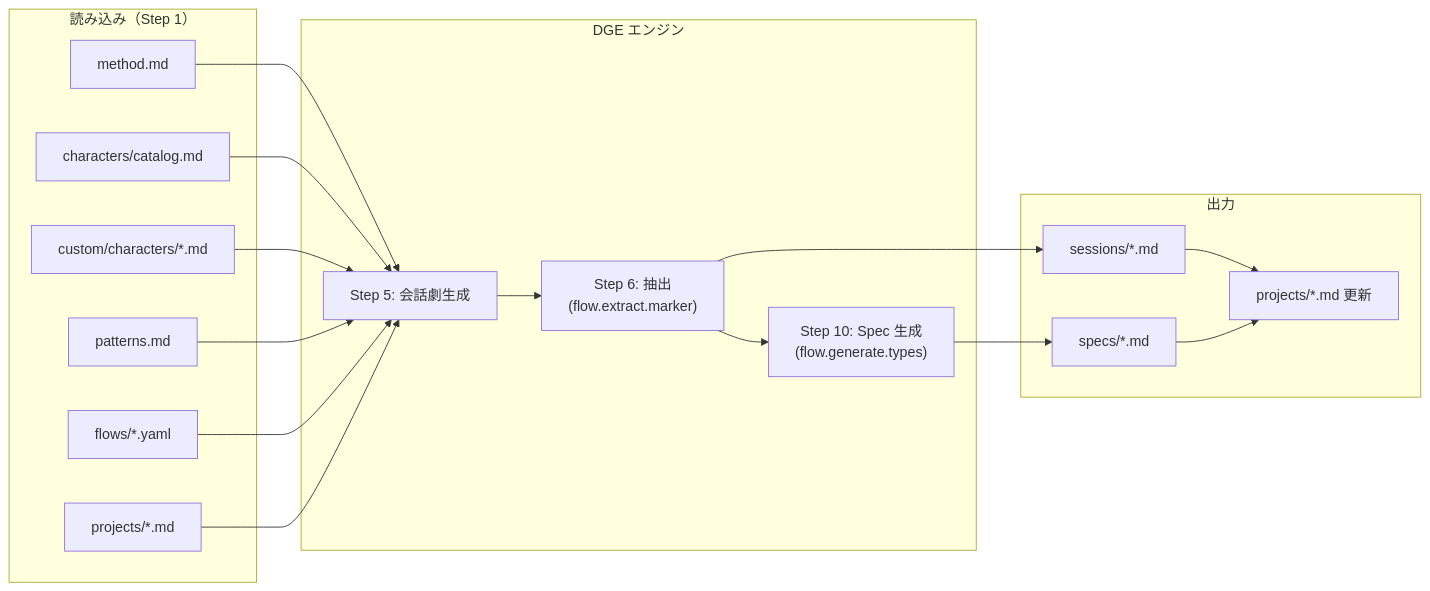
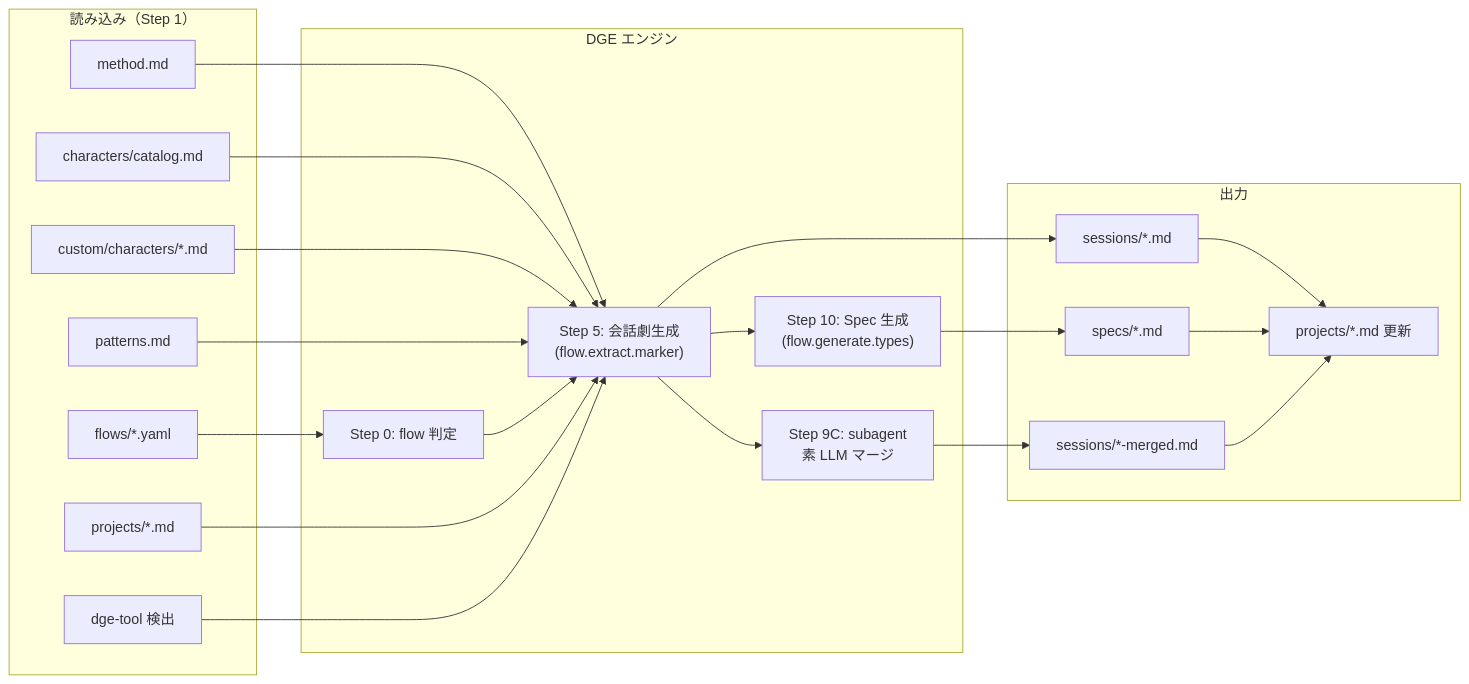
Before and after one commit to opaopa6969/DxE-suite: the fourth of 5 diagrams in kit/INTERNALS.md, drawn with Mermaid. The commit also changed other lines of this file and 2 other files, not shown here.

First line of the commit message:
docs: rewrite INTERNALS.md — v2 flow architecture + dge-tool mode (v2.1.1)

````diff
--- a/kit/INTERNALS.md
+++ b/kit/INTERNALS.md
@@ -38,31 +95,38 @@
 ```mermaid
 flowchart LR
     subgraph Input["読み込み（Step 1）"]
         M[method.md]
         C[characters/catalog.md]
         CC[custom/characters/*.md]
         P[patterns.md]
         F[flows/*.yaml]
         PJ[projects/*.md]
+        DT[dge-tool 検出]
     end
 
     subgraph Engine["DGE エンジン"]
-        S5["Step 5: 会話劇生成"]
-        S6["Step 6: 抽出\n(flow.extract.marker)"]
+        S0["Step 0: flow 判定"]
+        S5["Step 5: 会話劇生成\n(flow.extract.marker)"]
         S10["Step 10: Spec 生成\n(flow.generate.types)"]
+        S9C["Step 9C: subagent\n素 LLM マージ"]
     end
 
     subgraph Output["出力"]
         SE[sessions/*.md]
         SP[specs/*.md]
+        MR[sessions/*-merged.md]
         PR[projects/*.md 更新]
     end
 
-    M & C & CC & P & F --> S5
+    M & C & CC & P --> S5
+    F --> S0
+    S0 --> S5
     PJ --> S5
-    S5 --> S6
-    S6 --> SE
-    S6 --> S10
+    DT --> S5
+    S5 --> SE
+    S5 --> S10
+    S5 --> S9C
     S10 --> SP
-    SE & SP --> PR
+    S9C --> MR
+    SE & SP & MR --> PR
 ```
````
